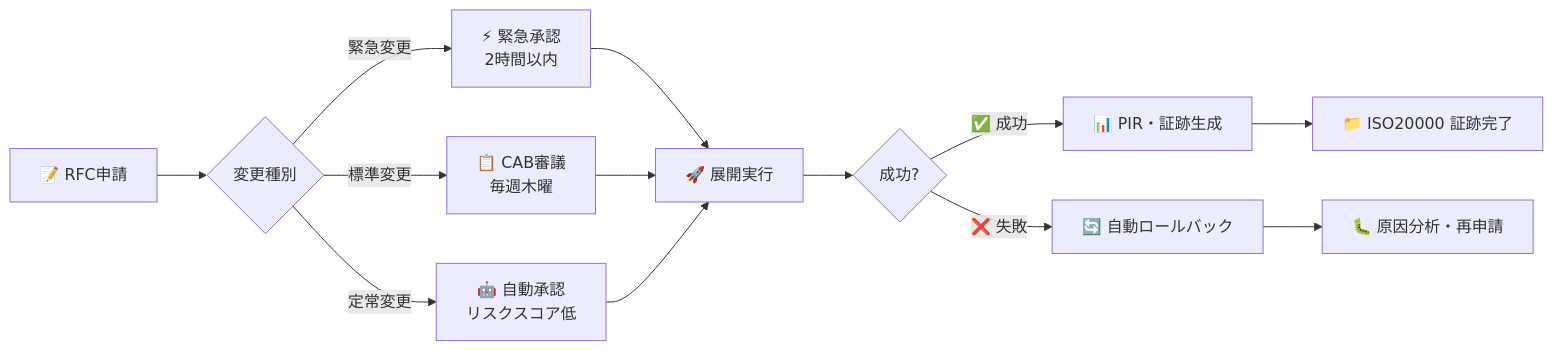
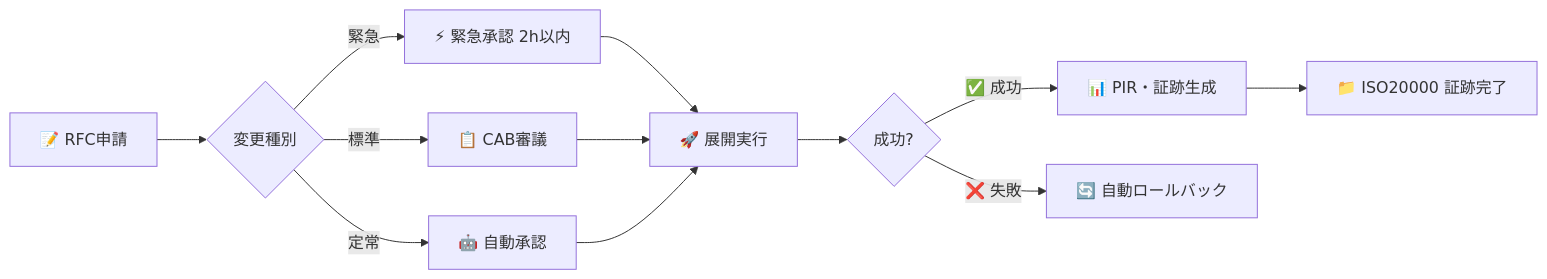
Before and after one commit to Kensan196948G/Construction-DX-One-System: the second of 8 diagrams in README.md, drawn with Mermaid. The commit also changed other lines of this file and 6 other files, not shown here.

````diff
--- a/README.md
+++ b/README.md
@@ -270,15 +190,14 @@
 ```mermaid
 flowchart LR
     A[📝 RFC申請] --> B{変更種別}
-    B -->|緊急変更| C[⚡ 緊急承認\n2時間以内]
-    B -->|標準変更| D[📋 CAB審議\n毎週木曜]
-    B -->|定常変更| E[🤖 自動承認\nリスクスコア低]
+    B -->|緊急| C[⚡ 緊急承認 2h以内]
+    B -->|標準| D[📋 CAB審議]
+    B -->|定常| E[🤖 自動承認]
     C --> F[🚀 展開実行]
     D --> F
     E --> F
     F --> G{成功?}
     G -->|✅ 成功| H[📊 PIR・証跡生成]
     G -->|❌ 失敗| I[🔄 自動ロールバック]
-    I --> J[🐛 原因分析・再申請]
     H --> K[📁 ISO20000 証跡完了]
 ```
````
